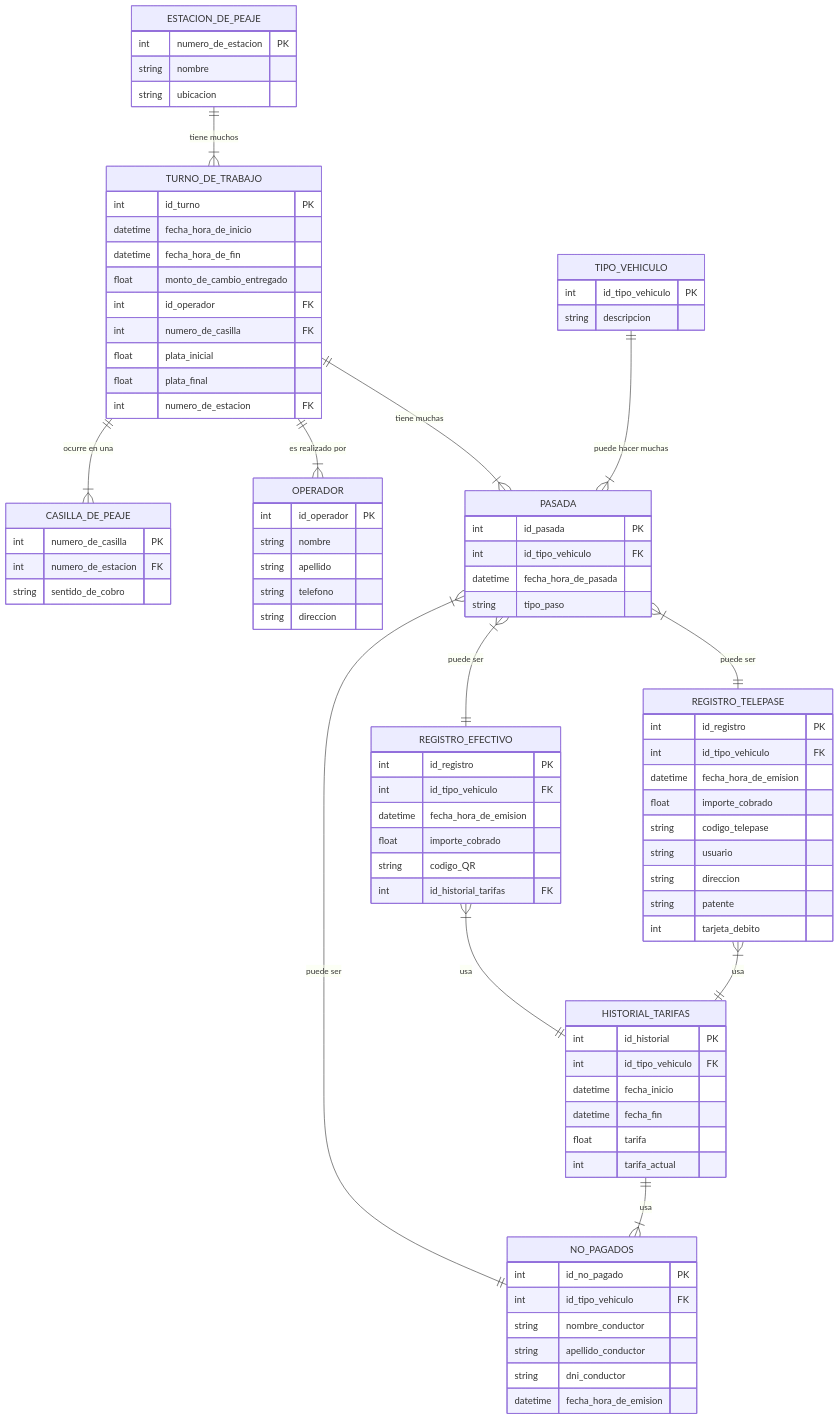
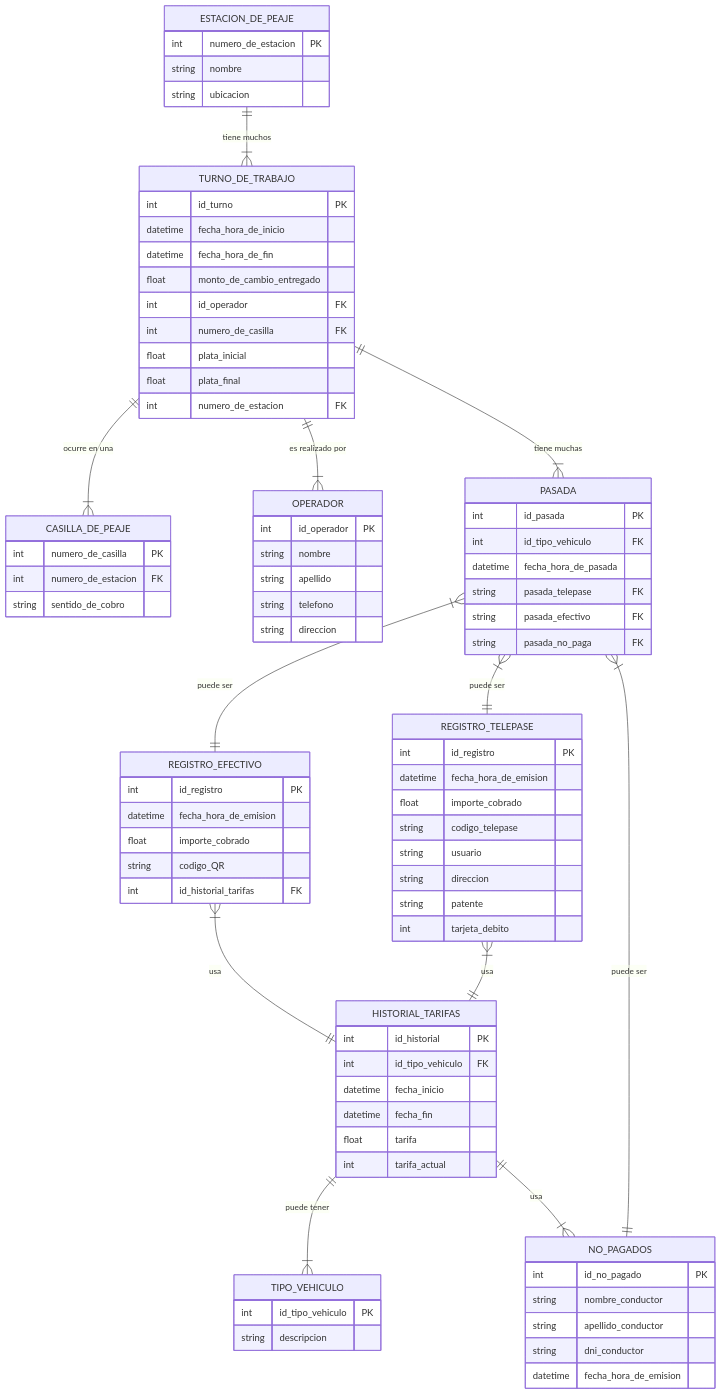
Before and after one commit to SantiagoSalvay/Proyecto_Peaje: the diagram in Mermaid/Peaje_Grupo7 .mmd, drawn with Mermaid.

Commit message:
Actualizacion Mermaid

```diff
--- a/Mermaid/Peaje_Grupo7 .mmd
+++ b/Mermaid/Peaje_Grupo7 .mmd
@@ -1,95 +1,94 @@
 erDiagram
     ESTACION_DE_PEAJE {
         int numero_de_estacion PK
         string nombre
         string ubicacion
     }
 
     CASILLA_DE_PEAJE {
         int numero_de_casilla PK
         int numero_de_estacion FK
         string sentido_de_cobro
     }
 
     OPERADOR {
         int id_operador PK
         string nombre
         string apellido
         string telefono
         string direccion
     }
 
     TURNO_DE_TRABAJO {
         int id_turno PK
         datetime fecha_hora_de_inicio
         datetime fecha_hora_de_fin
         float monto_de_cambio_entregado
         int id_operador FK
         int numero_de_casilla FK
         float plata_inicial
         float plata_final
         int numero_de_estacion FK
     }
 
     PASADA {
         int id_pasada PK
         int id_tipo_vehiculo FK
         datetime fecha_hora_de_pasada
-        string tipo_paso
+        string pasada_telepase FK
+        string  pasada_efectivo FK
+        string pasada_no_paga FK
     }
 
     TIPO_VEHICULO {
         int id_tipo_vehiculo PK
         string descripcion
     }
 
     HISTORIAL_TARIFAS {
         int id_historial PK
         int id_tipo_vehiculo FK
         datetime fecha_inicio
         datetime fecha_fin
         float tarifa
         int tarifa_actual
     }
 
     REGISTRO_EFECTIVO {
         int id_registro PK
-        int id_tipo_vehiculo FK
         datetime fecha_hora_de_emision
         float importe_cobrado
         string codigo_QR
         int id_historial_tarifas FK
     }
 
     REGISTRO_TELEPASE {
         int id_registro PK
-        int id_tipo_vehiculo FK
         datetime fecha_hora_de_emision
         float importe_cobrado
         string codigo_telepase
         string usuario
         string direccion
         string patente
         int tarjeta_debito
     }
 
     NO_PAGADOS {
         int id_no_pagado PK
-        int id_tipo_vehiculo FK
         string nombre_conductor
         string apellido_conductor
         string dni_conductor
         datetime fecha_hora_de_emision
     }
 
 ESTACION_DE_PEAJE || --|{ TURNO_DE_TRABAJO : "tiene muchos"
 TURNO_DE_TRABAJO || --|{ CASILLA_DE_PEAJE : "ocurre en una"
 TURNO_DE_TRABAJO || --|{ OPERADOR : "es realizado por"
 TURNO_DE_TRABAJO || --|{ PASADA : "tiene muchas"
 PASADA }| --||REGISTRO_EFECTIVO : "puede ser"
 PASADA }| --|| REGISTRO_TELEPASE : "puede ser"
 PASADA }| --|| NO_PAGADOS : "puede ser"
 REGISTRO_EFECTIVO }| --|| HISTORIAL_TARIFAS : "usa"
 REGISTRO_TELEPASE }| --|| HISTORIAL_TARIFAS : "usa"
-TIPO_VEHICULO || -- |{ PASADA :"puede hacer muchas"
+HISTORIAL_TARIFAS || -- |{ TIPO_VEHICULO :"puede tener"
 HISTORIAL_TARIFAS || --|{ NO_PAGADOS :"usa"
```
